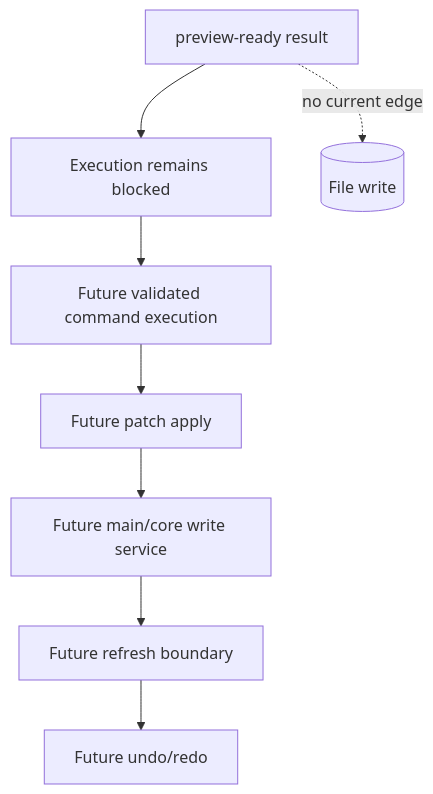
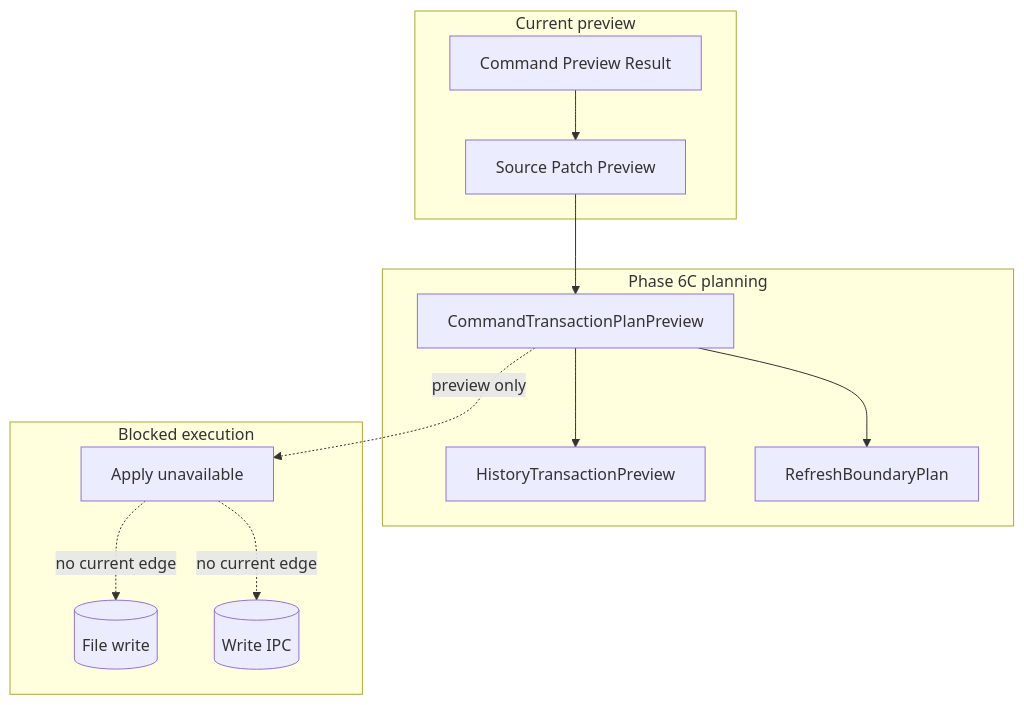
One commit to krestosa/Crystal changed the diagram in docs/architecture/commands/future-command-execution.md. Above: the diagram before and after it, drawn with Mermaid. The commit also changed other lines of this file and 4 other files, not shown here.

Commit message:
Document history refresh foundation

````diff
--- a/docs/architecture/commands/future-command-execution.md
+++ b/docs/architecture/commands/future-command-execution.md
@@ -69,10 +74,26 @@
 ```mermaid
 flowchart TD
-  PreviewReady[preview-ready result] --> Blocked[Execution remains blocked]
-  Blocked --> FutureCommand[Future validated command execution]
-  FutureCommand --> FuturePatch[Future patch apply]
-  FuturePatch --> FutureWrite[Future main/core write service]
-  FutureWrite --> FutureRefresh[Future refresh boundary]
-  FutureRefresh --> FutureUndo[Future undo/redo]
-  PreviewReady -. no current edge .-> FileWrite[(File write)]
+  subgraph Preview[Current preview]
+    Command[Command Preview Result]
+    Patch[Source Patch Preview]
+  end
+
+  subgraph Planning[Phase 6C planning]
+    Plan[CommandTransactionPlanPreview]
+    History[HistoryTransactionPreview]
+    Refresh[RefreshBoundaryPlan]
+  end
+
+  subgraph Blocked[Blocked execution]
+    Apply[Apply unavailable]
+    Write[(File write)]
+    Ipc[(Write IPC)]
+  end
+
+  Command --> Patch --> Plan
+  Plan --> History
+  Plan --> Refresh
+  Plan -. preview only .-> Apply
+  Apply -. no current edge .-> Write
+  Apply -. no current edge .-> Ipc
 ```
````
